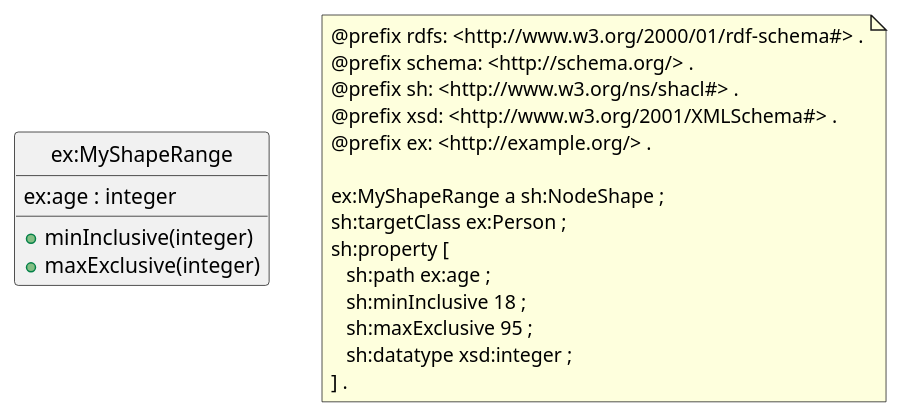
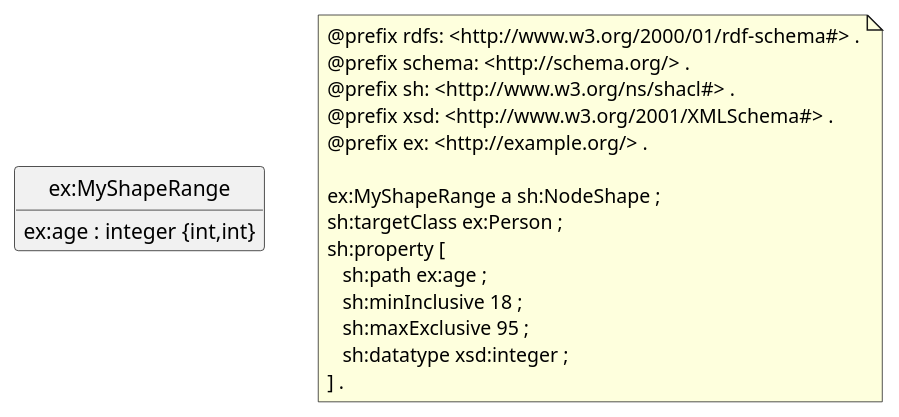
One commit to sparna-git/shacl-play changed the diagram in shacl-diagram/src/specs/12-minInclusive_maxExclusive/expected.iuml. Above: the diagram before and after it, drawn with PlantUML. The commit also changed other lines of this file and 15 other files, not shown here.

```diff
--- a/shacl-diagram/src/specs/12-minInclusive_maxExclusive/expected.iuml
+++ b/shacl-diagram/src/specs/12-minInclusive_maxExclusive/expected.iuml
@@ -1,28 +1,24 @@
 @startuml
-class "ex:MyShapeRange" {
-   ex:age : integer
-   +minInclusive(integer)
-   +maxExclusive(integer)
-}
- 
+class "ex:MyShapeRange"
+"ex:MyShapeRange" : ex:age : integer {int,int}
 
 note as N1
 @prefix rdfs: <http://www.w3.org/2000/01/rdf-schema#> .
 @prefix schema: <http://schema.org/> .
 @prefix sh: <http://www.w3.org/ns/shacl#> .
 @prefix xsd: <http://www.w3.org/2001/XMLSchema#> .
 @prefix ex: <http://example.org/> .
 
 ex:MyShapeRange a sh:NodeShape ;
 sh:targetClass ex:Person ;
 sh:property [
    sh:path ex:age ;
    sh:minInclusive 18 ;
    sh:maxExclusive 95 ;
    sh:datatype xsd:integer ;
 ] .
 end note
 
 hide circle
 hide empty members
 @enduml
```
